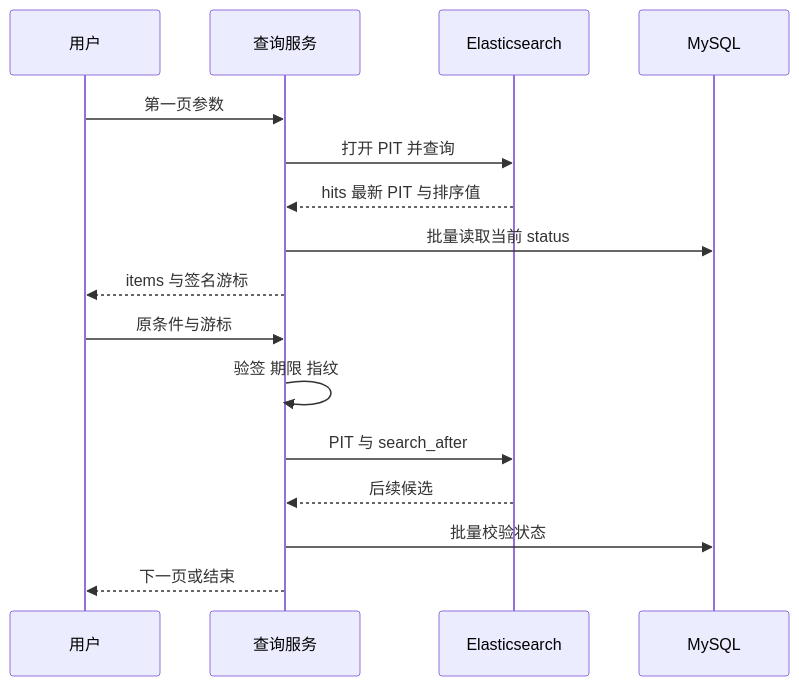
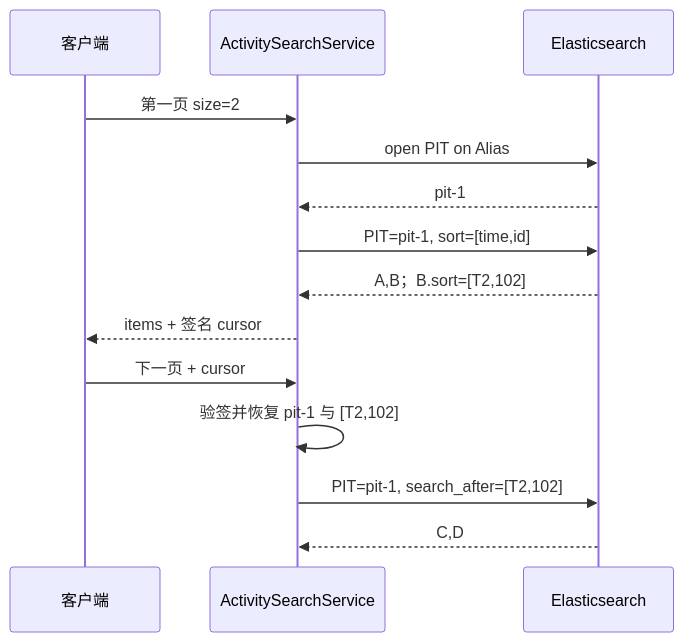
One commit to SyH-101/citypass-platform changed the seventh of 24 diagrams in 03-全文检索与索引治理.md. Above: the diagram before and after it, drawn with Mermaid. The commit also changed other lines of this file, not shown here.

````diff
--- a/03-全文检索与索引治理.md
+++ b/03-全文检索与索引治理.md
@@ -692,18 +517,16 @@
 ```mermaid
 sequenceDiagram
-    participant U as 用户
-    participant S as 查询服务
-    participant E as Elasticsearch
-    participant D as MySQL
-    U->>S: 第一页参数
-    S->>E: 打开 PIT 并查询
-    E-->>S: hits 最新 PIT 与排序值
-    S->>D: 批量读取当前 status
-    S-->>U: items 与签名游标
-    U->>S: 原条件与游标
-    S->>S: 验签 期限 指纹
-    S->>E: PIT 与 search_after
-    E-->>S: 后续候选
-    S->>D: 批量校验状态
-    S-->>U: 下一页或结束
+    participant U as 客户端
+    participant S as ActivitySearchService
+    participant ES as Elasticsearch
+    U->>S: 第一页 size=2
+    S->>ES: open PIT on Alias
+    ES-->>S: pit-1
+    S->>ES: PIT=pit-1, sort=[time,id]
+    ES-->>S: A,B；B.sort=[T2,102]
+    S-->>U: items + 签名 cursor
+    U->>S: 下一页 + cursor
+    S->>S: 验签并恢复 pit-1 与 [T2,102]
+    S->>ES: PIT=pit-1, search_after=[T2,102]
+    ES-->>S: C,D
 ```
````
